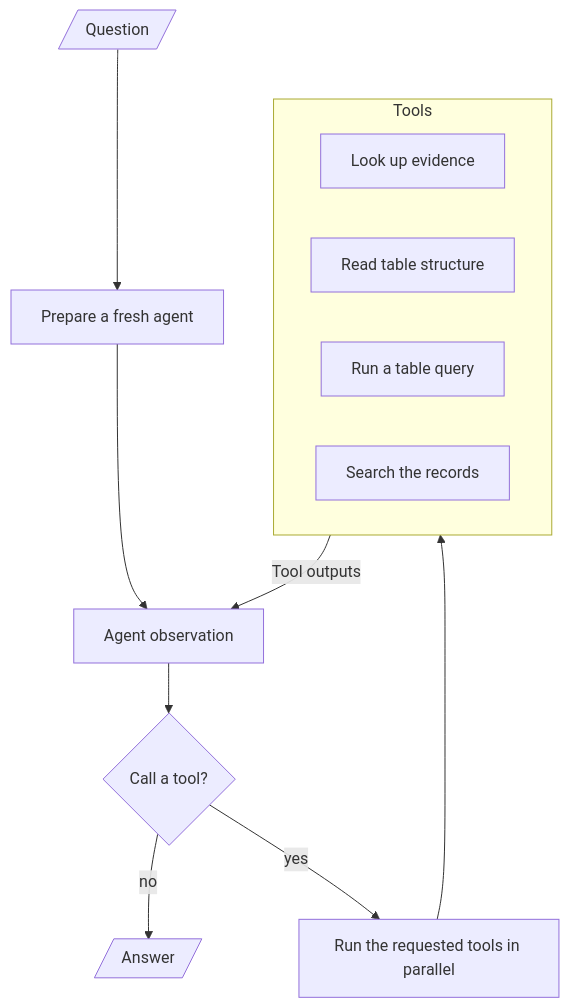
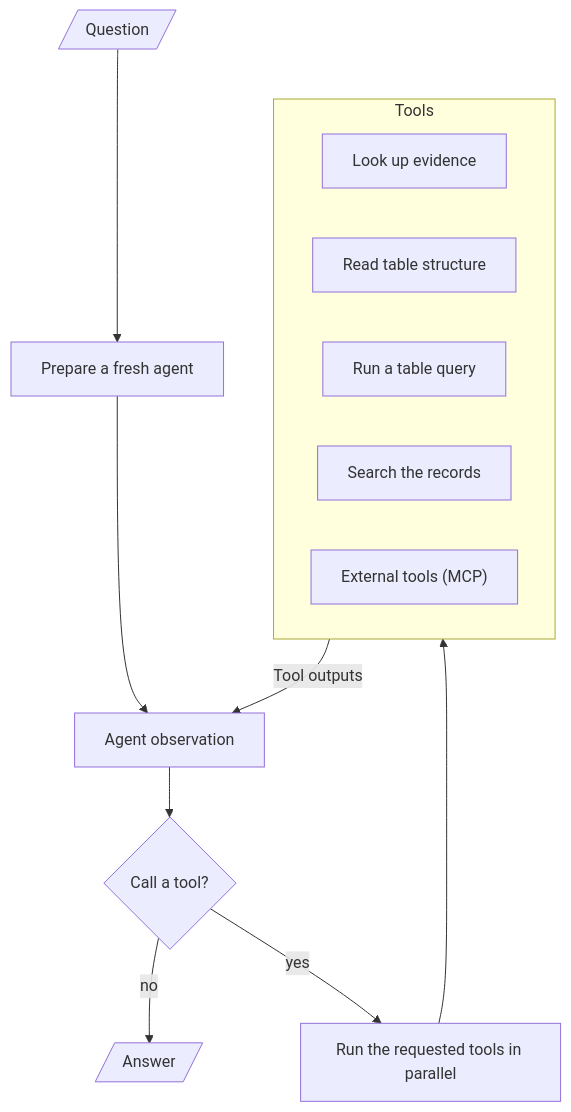
One commit to kylehue/agentic-rag changed the fourth of 5 diagrams in README.md. Above: the diagram before and after it, drawn with Mermaid. The commit also changed other lines of this file and 10 other files, not shown here.

````diff
--- a/README.md
+++ b/README.md
@@ -219,18 +220,19 @@
 ```mermaid
 flowchart TD
     Q[/Question/] --> A["Prepare a fresh agent"]
     A --> B["Agent observation"]
     B --> C{"Call a tool?"}
     C -->|no| D[/Answer/]
     C -->|yes| E["Run the requested tools in parallel"]
 
     subgraph TOOLS["Tools"]
         T1["Look up evidence"]
         T2["Read table structure"]
         T3["Run a table query"]
         T4["Search the records"]
+        T5["External tools (MCP)"]
     end
 
     E --> TOOLS
     TOOLS -- Tool outputs --> B
 ```
````
